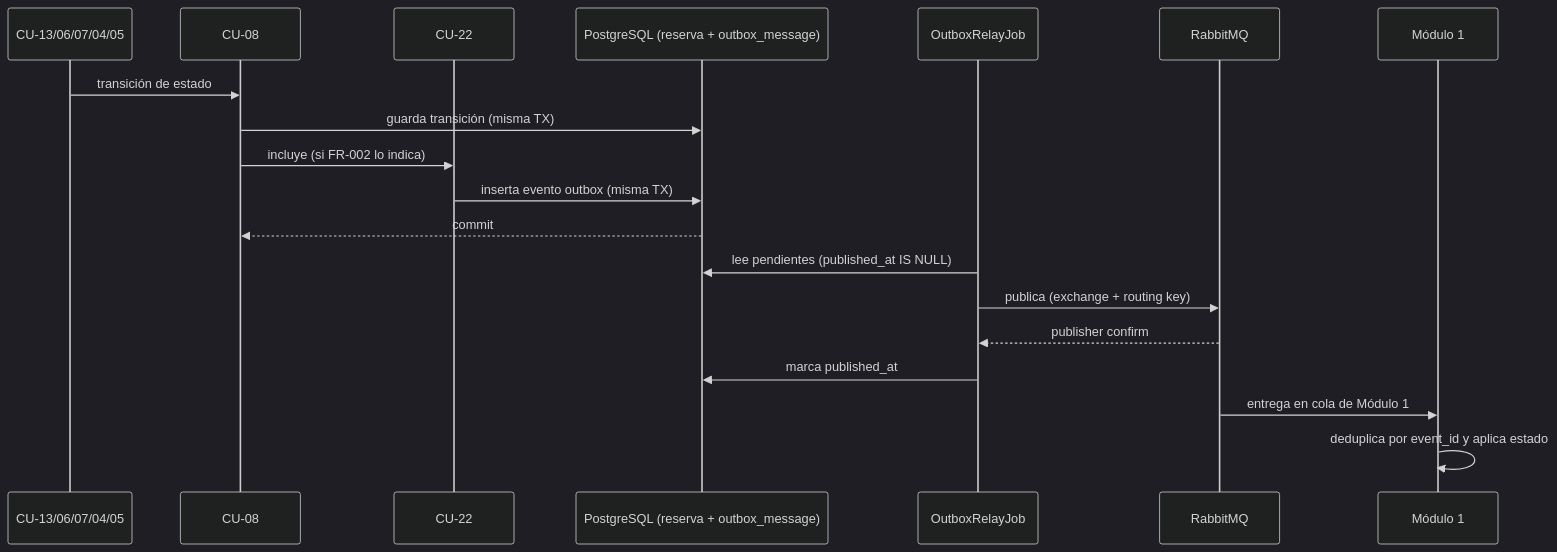
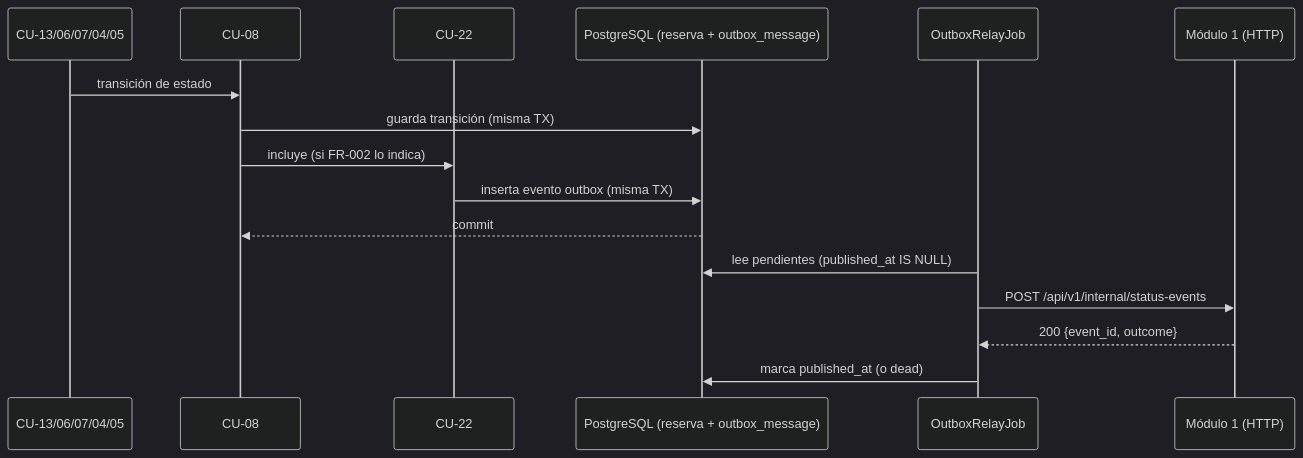
The first of 2 diagrams in Documentación/features/CU-22-recibir-informacion-estado-operativo/plan.md (Alyson2105/SeaShare-modulo-2), drawn with Mermaid (dark theme) before and after one commit. The commit also changed other lines of this file and 2 other files, not shown here.

First line of the commit message:
docs(m1): alinear CU-22 y el contrato de estado operativo con POST HTTP

````diff
--- a/Documentación/features/CU-22-recibir-informacion-estado-operativo/plan.md
+++ b/Documentación/features/CU-22-recibir-informacion-estado-operativo/plan.md
@@ -79,22 +83,19 @@
 ```mermaid
 sequenceDiagram
     participant CU as CU-13/06/07/04/05
     participant CU08 as CU-08
     participant CU22 as CU-22
     participant DB as PostgreSQL (reserva + outbox_message)
     participant Relay as OutboxRelayJob
-    participant MQ as RabbitMQ
-    participant M1 as Módulo 1
+    participant M1 as Módulo 1 (HTTP)
 
     CU->>CU08: transición de estado
     CU08->>DB: guarda transición (misma TX)
     CU08->>CU22: incluye (si FR-002 lo indica)
     CU22->>DB: inserta evento outbox (misma TX)
     DB-->>CU08: commit
     Relay->>DB: lee pendientes (published_at IS NULL)
-    Relay->>MQ: publica (exchange + routing key)
-    MQ-->>Relay: publisher confirm
-    Relay->>DB: marca published_at
-    MQ->>M1: entrega en cola de Módulo 1
-    M1->>M1: deduplica por event_id y aplica estado
+    Relay->>M1: POST /api/v1/internal/status-events
+    M1-->>Relay: 200 {event_id, outcome}
+    Relay->>DB: marca published_at (o dead)
 ```
````
